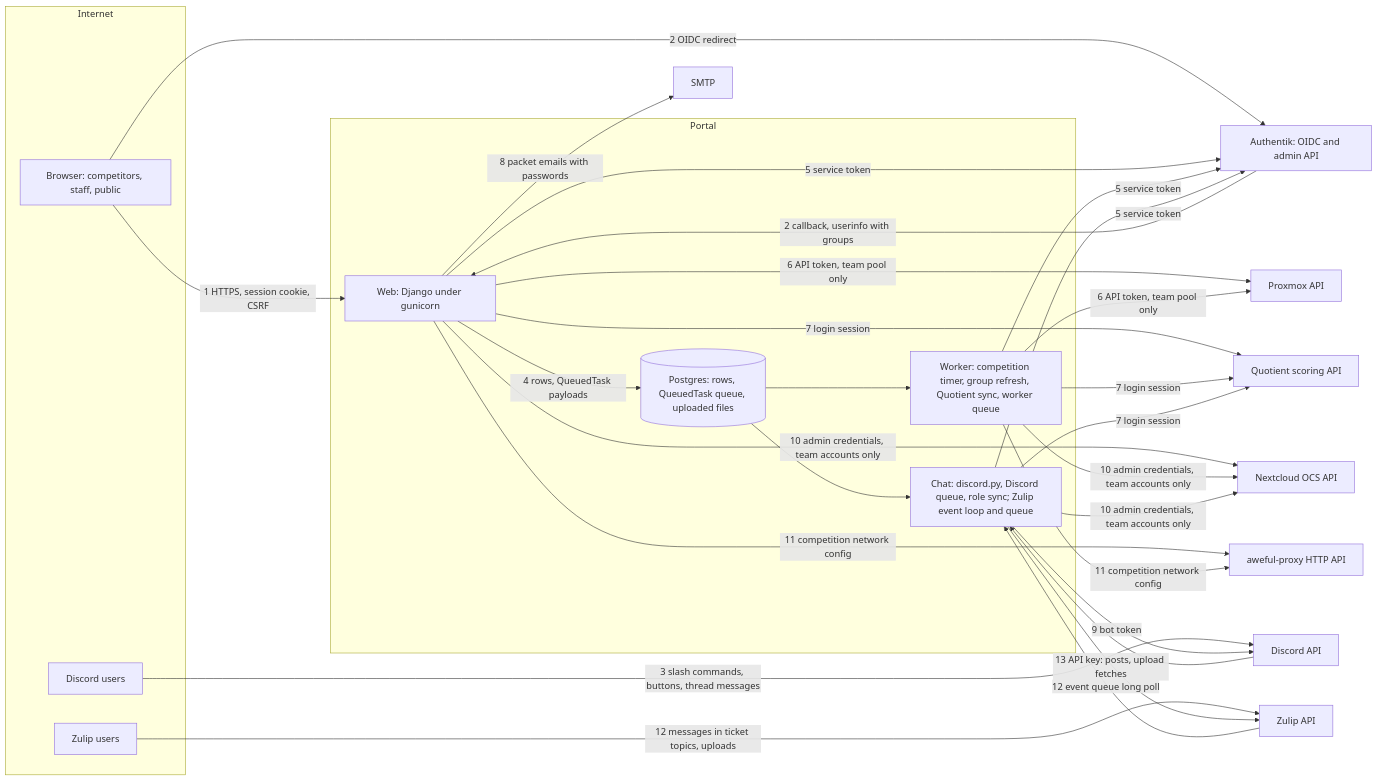
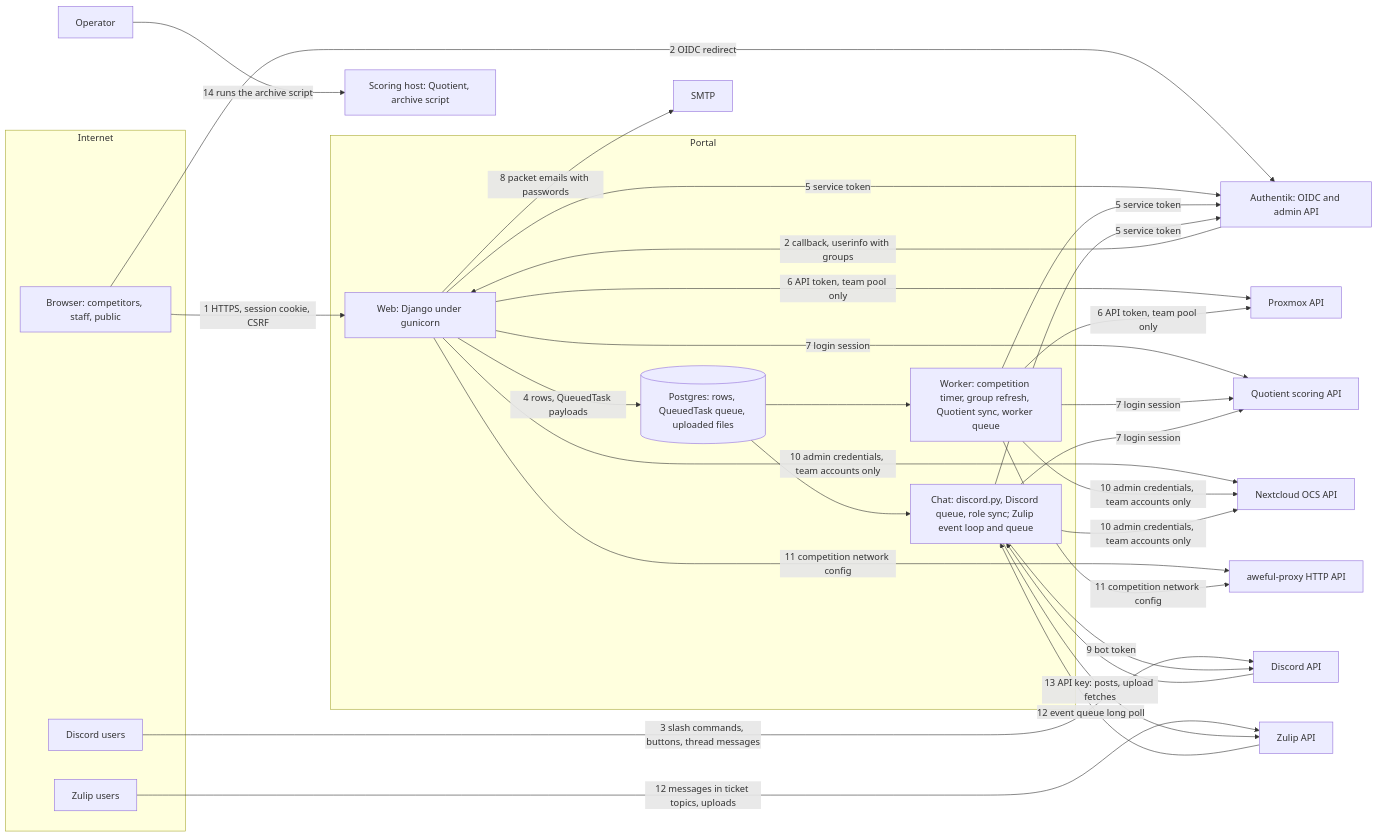
The diagram in THREAT_MODEL.md (wccomps/wccomps-portal), drawn with Mermaid before and after one commit. The commit also changed other lines of this file and 15 other files, not shown here.

First line of the commit message:
Archive ticket threads, history and attachment records at Close Out, and add a scoring-host archive script (#328)

````diff
--- a/THREAT_MODEL.md
+++ b/THREAT_MODEL.md
@@ -56,38 +65,40 @@
 ```mermaid
 flowchart LR
     subgraph Internet
         B[Browser: competitors, staff, public]
         D[Discord users]
         U[Zulip users]
     end
     subgraph Portal
         W[Web: Django under gunicorn]
         Q[(Postgres: rows, QueuedTask queue, uploaded files)]
         K[Worker: competition timer, group refresh, Quotient sync, worker queue]
         C[Chat: discord.py, Discord queue, role sync; Zulip event loop and queue]
     end
     A[Authentik: OIDC and admin API]
     P[Proxmox API]
     S[Quotient scoring API]
     N[Nextcloud OCS API]
     X[aweful-proxy HTTP API]
     M[SMTP]
     G[Discord API]
     Z[Zulip API]
+    H[Scoring host: Quotient, archive script]
     B -- "1 HTTPS, session cookie, CSRF" --> W
     B -- "2 OIDC redirect" --> A
     A -- "2 callback, userinfo with groups" --> W
     D -- "3 slash commands, buttons, thread messages" --> G --> C
     W -- "4 rows, QueuedTask payloads" --> Q
     Q --> K & C
     W & K & C -- "5 service token" --> A
     W & K -- "6 API token, team pool only" --> P
     W & K & C -- "7 login session" --> S
     W -- "8 packet emails with passwords" --> M
     C -- "9 bot token" --> G
     W & K & C -- "10 admin credentials, team accounts only" --> N
     W & K -- "11 competition network config" --> X
     U -- "12 messages in ticket topics, uploads" --> Z
     Z -- "12 event queue long poll" --> C
     C -- "13 API key: posts, upload fetches" --> Z
+    O[Operator] -- "14 runs the archive script" --> H
 ```
````
